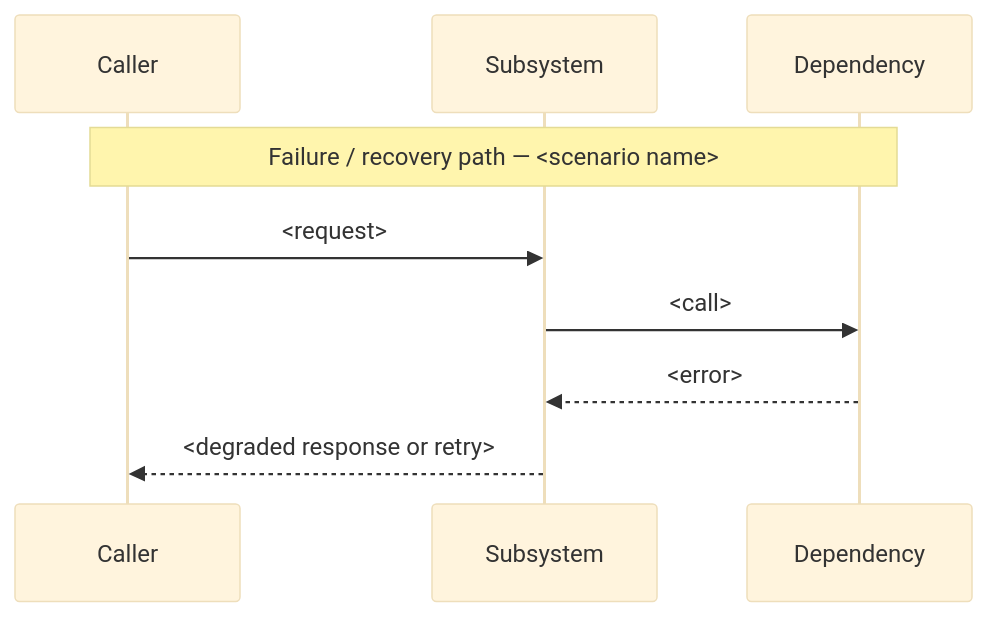
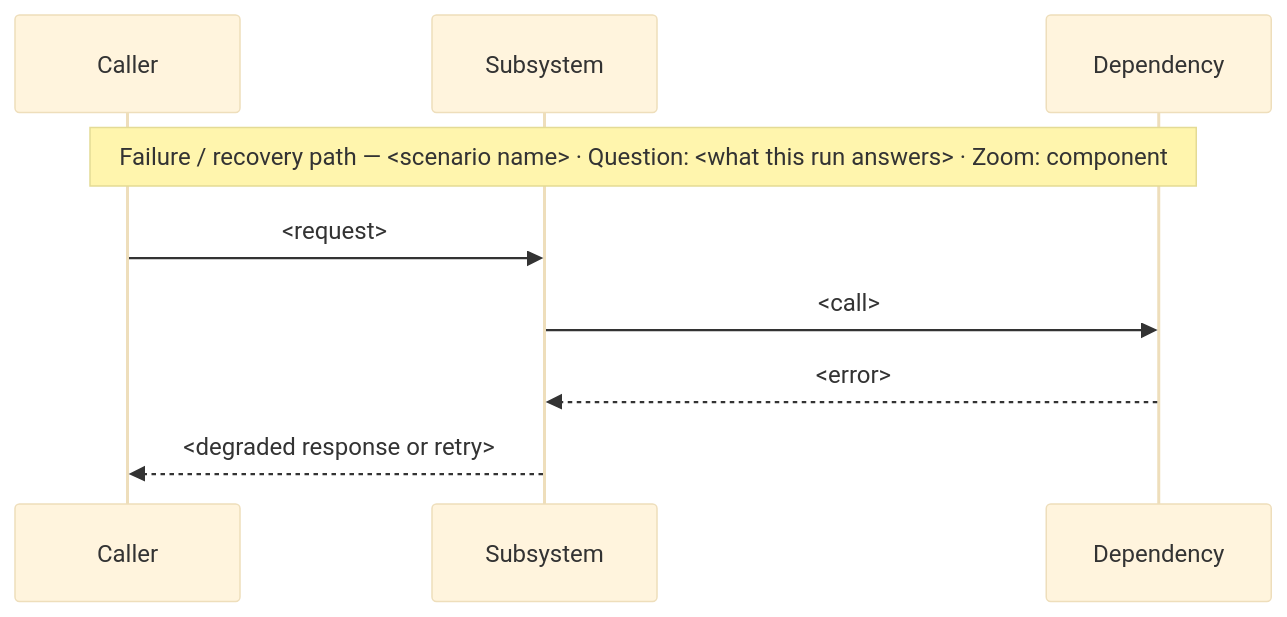
The fourth of 4 diagrams in packs/architect/.apm/skills/architect-design/assets/subsystem-design.md (eugenelim/agent-ready-repo), drawn with Mermaid (base theme) before and after one commit. The commit also changed other lines of this file and 24 other files, not shown here.

````diff
--- a/packs/architect/.apm/skills/architect-design/assets/subsystem-design.md
+++ b/packs/architect/.apm/skills/architect-design/assets/subsystem-design.md
@@ -95,11 +97,11 @@
 ```mermaid
 sequenceDiagram
     participant Caller
     participant Subsystem
     participant Dependency
-    Note over Caller,Dependency: Failure / recovery path — <scenario name>
+    Note over Caller,Dependency: Failure / recovery path — <scenario name> · Question: <what this run answers> · Zoom: component
     Caller->>Subsystem: <request>
     Subsystem->>Dependency: <call>
     Dependency-->>Subsystem: <error>
     Subsystem-->>Caller: <degraded response or retry>
 ```
````
